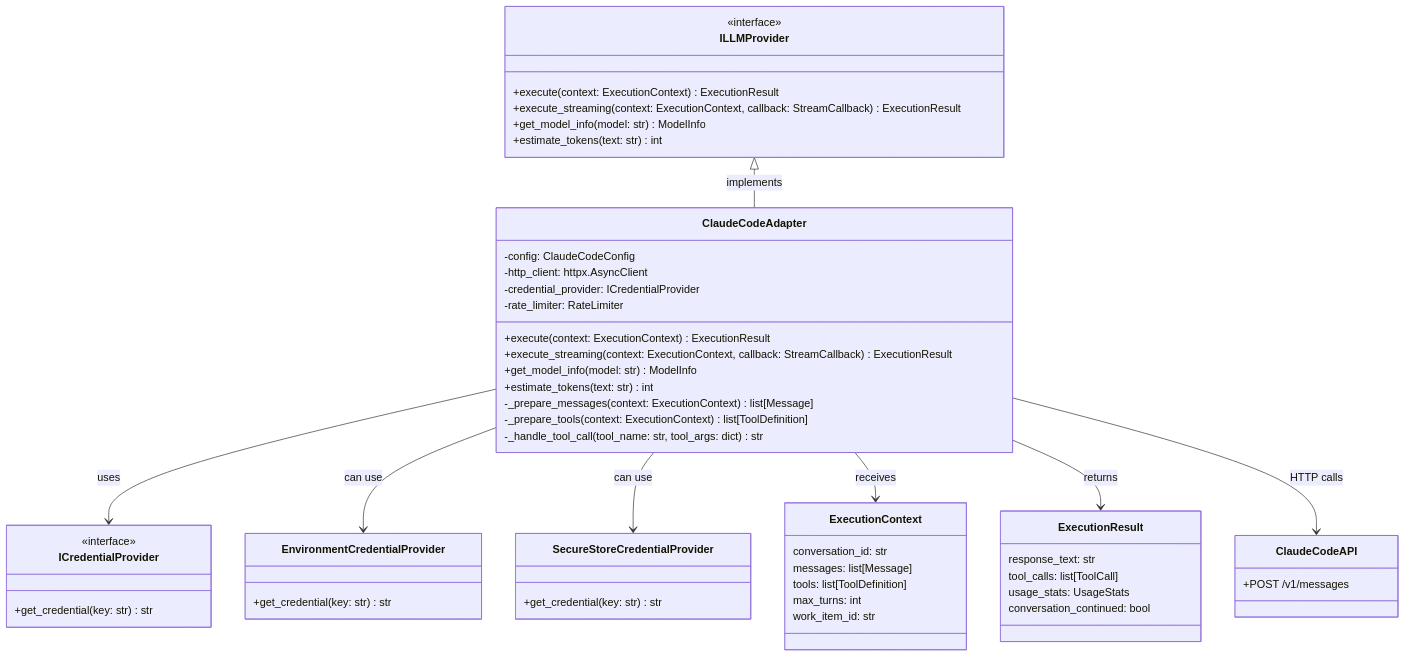
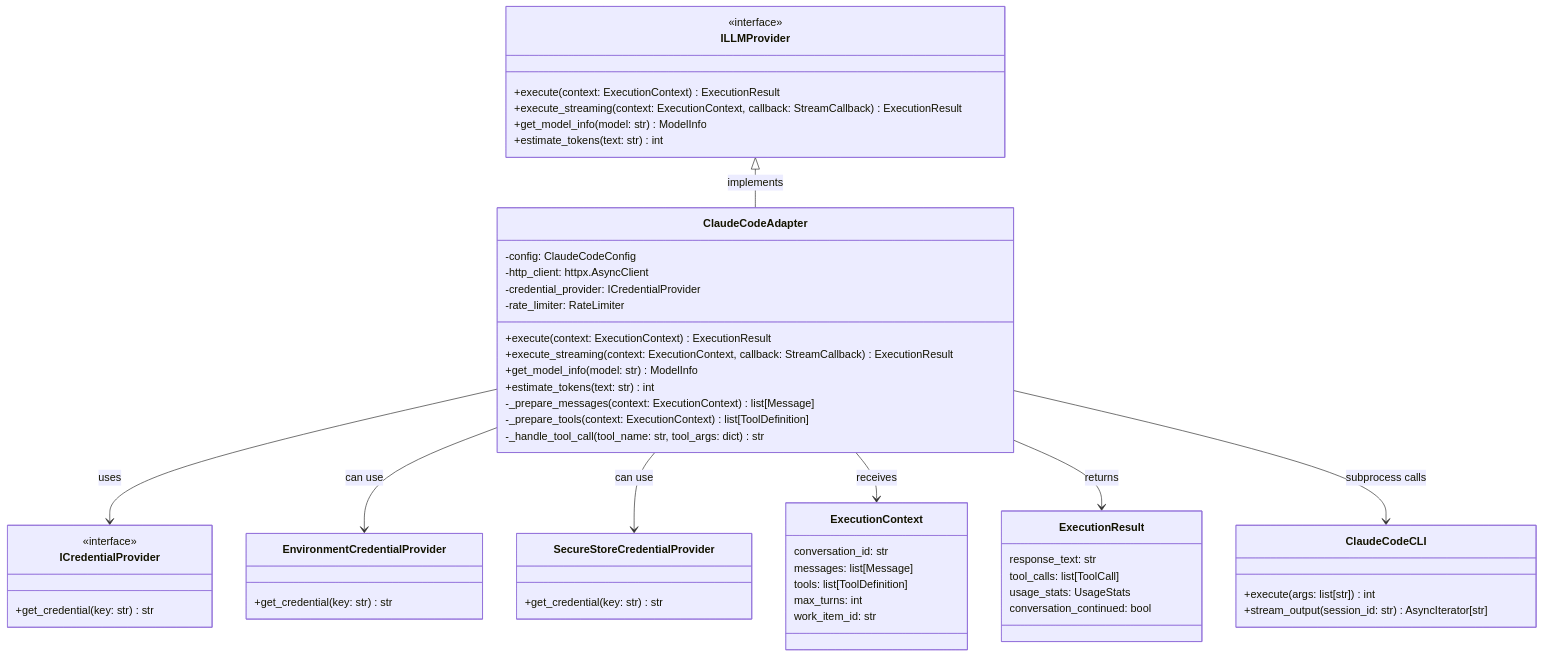
The diagram in documentation/architecture/adapters/production/claude-code-adapter.md (tinkermonkey/codetoreum), drawn with Mermaid before and after one commit. The commit also changed other lines of this file and 1 other file, not shown here.

First line of the commit message:
Fix production adapter documentation accuracy

````diff
--- a/documentation/architecture/adapters/production/claude-code-adapter.md
+++ b/documentation/architecture/adapters/production/claude-code-adapter.md
@@ -376,64 +355,65 @@
 ```mermaid
 classDiagram
     class ILLMProvider {
         <<interface>>
         +execute(context: ExecutionContext) ExecutionResult
         +execute_streaming(context: ExecutionContext, callback: StreamCallback) ExecutionResult
         +get_model_info(model: str) ModelInfo
         +estimate_tokens(text: str) int
     }
     
     class ClaudeCodeAdapter {
         -config: ClaudeCodeConfig
         -http_client: httpx.AsyncClient
         -credential_provider: ICredentialProvider
         -rate_limiter: RateLimiter
         +execute(context: ExecutionContext) ExecutionResult
         +execute_streaming(context: ExecutionContext, callback: StreamCallback) ExecutionResult
         +get_model_info(model: str) ModelInfo
         +estimate_tokens(text: str) int
         -_prepare_messages(context: ExecutionContext) list[Message]
         -_prepare_tools(context: ExecutionContext) list[ToolDefinition]
         -_handle_tool_call(tool_name: str, tool_args: dict) str
     }
     
     class ICredentialProvider {
         <<interface>>
         +get_credential(key: str) str
     }
     
     class EnvironmentCredentialProvider {
         +get_credential(key: str) str
     }
     
     class SecureStoreCredentialProvider {
         +get_credential(key: str) str
     }
     
     class ExecutionContext {
         conversation_id: str
         messages: list[Message]
         tools: list[ToolDefinition]
         max_turns: int
         work_item_id: str
     }
     
     class ExecutionResult {
         response_text: str
         tool_calls: list[ToolCall]
         usage_stats: UsageStats
         conversation_continued: bool
     }
     
-    class ClaudeCodeAPI {
-        +POST /v1/messages
+    class ClaudeCodeCLI {
+        +execute(args: list[str]) int
+        +stream_output(session_id: str) AsyncIterator[str]
     }
     
     ILLMProvider <|-- ClaudeCodeAdapter: implements
     ClaudeCodeAdapter --> ICredentialProvider: uses
     ClaudeCodeAdapter --> EnvironmentCredentialProvider: can use
     ClaudeCodeAdapter --> SecureStoreCredentialProvider: can use
     ClaudeCodeAdapter --> ExecutionContext: receives
     ClaudeCodeAdapter --> ExecutionResult: returns
-    ClaudeCodeAdapter --> ClaudeCodeAPI: HTTP calls
+    ClaudeCodeAdapter --> ClaudeCodeCLI: subprocess calls
 ```
````
